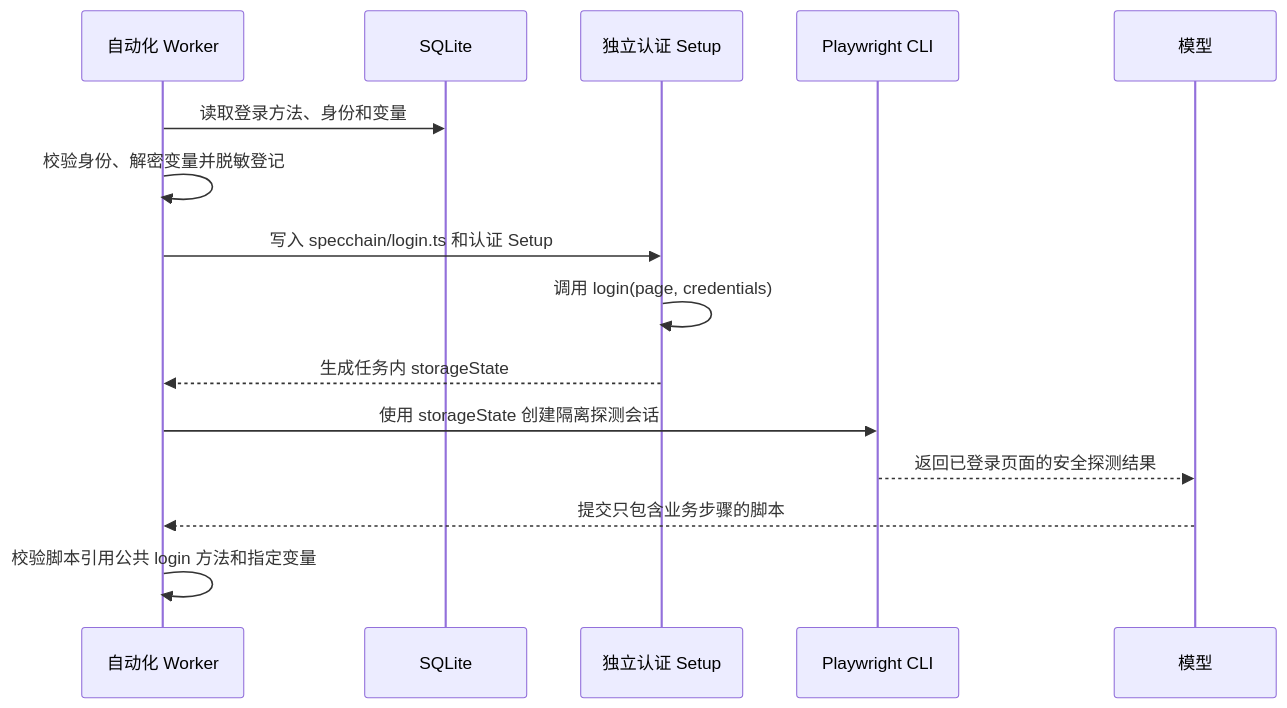
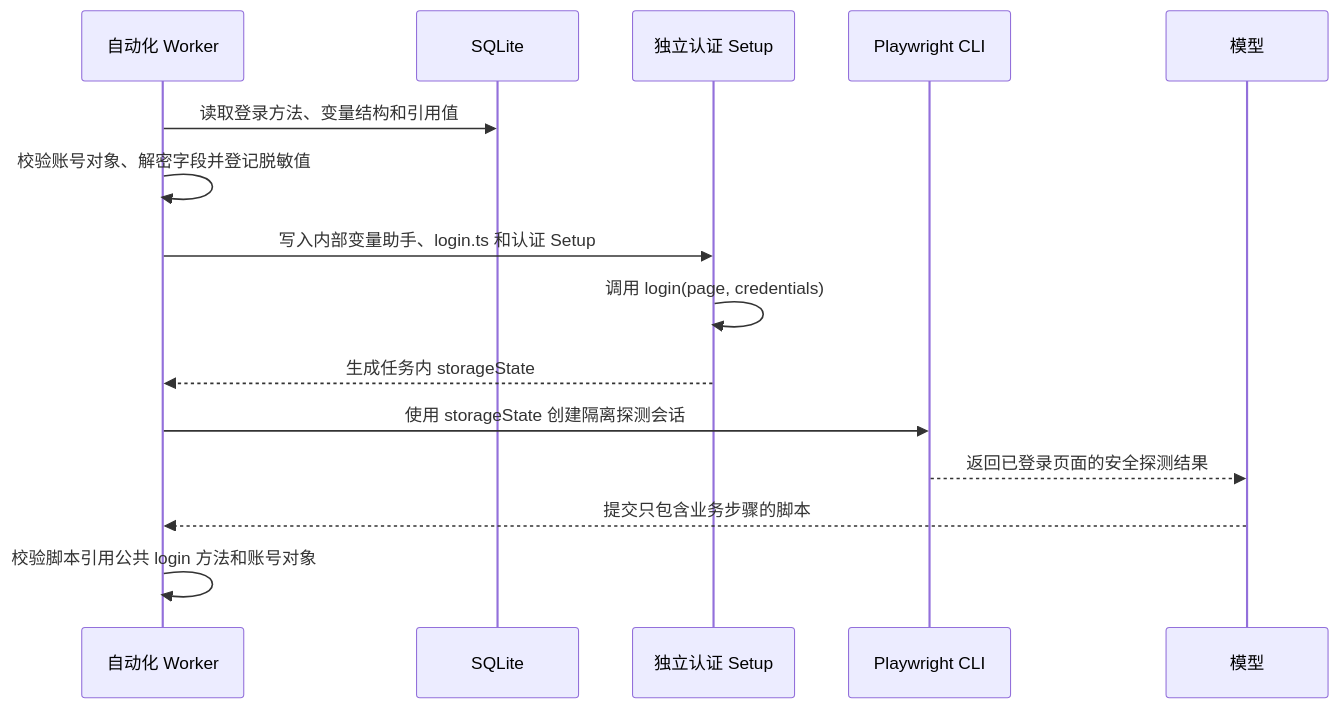
Before and after one commit to qianzgcn/spec-chain: the ninth of 10 diagrams in docs/代码架构与运行机制.md, drawn with Mermaid. The commit also changed other lines of this file and 82 other files, not shown here.

````diff
--- a/docs/代码架构与运行机制.md
+++ b/docs/代码架构与运行机制.md
@@ -1582,18 +1584,18 @@
 ```mermaid
 sequenceDiagram
   participant W as 自动化 Worker
   participant D as SQLite
   participant S as 独立认证 Setup
   participant C as Playwright CLI
   participant M as 模型
 
-  W->>D: 读取登录方法、身份和变量
-  W->>W: 校验身份、解密变量并脱敏登记
-  W->>S: 写入 specchain/login.ts 和认证 Setup
+  W->>D: 读取登录方法、变量结构和引用值
+  W->>W: 校验账号对象、解密字段并登记脱敏值
+  W->>S: 写入内部变量助手、login.ts 和认证 Setup
   S->>S: 调用 login(page, credentials)
   S-->>W: 生成任务内 storageState
   W->>C: 使用 storageState 创建隔离探测会话
   C-->>M: 返回已登录页面的安全探测结果
   M-->>W: 提交只包含业务步骤的脚本
-  W->>W: 校验脚本引用公共 login 方法和指定变量
+  W->>W: 校验脚本引用公共 login 方法和账号对象
 ```
````
